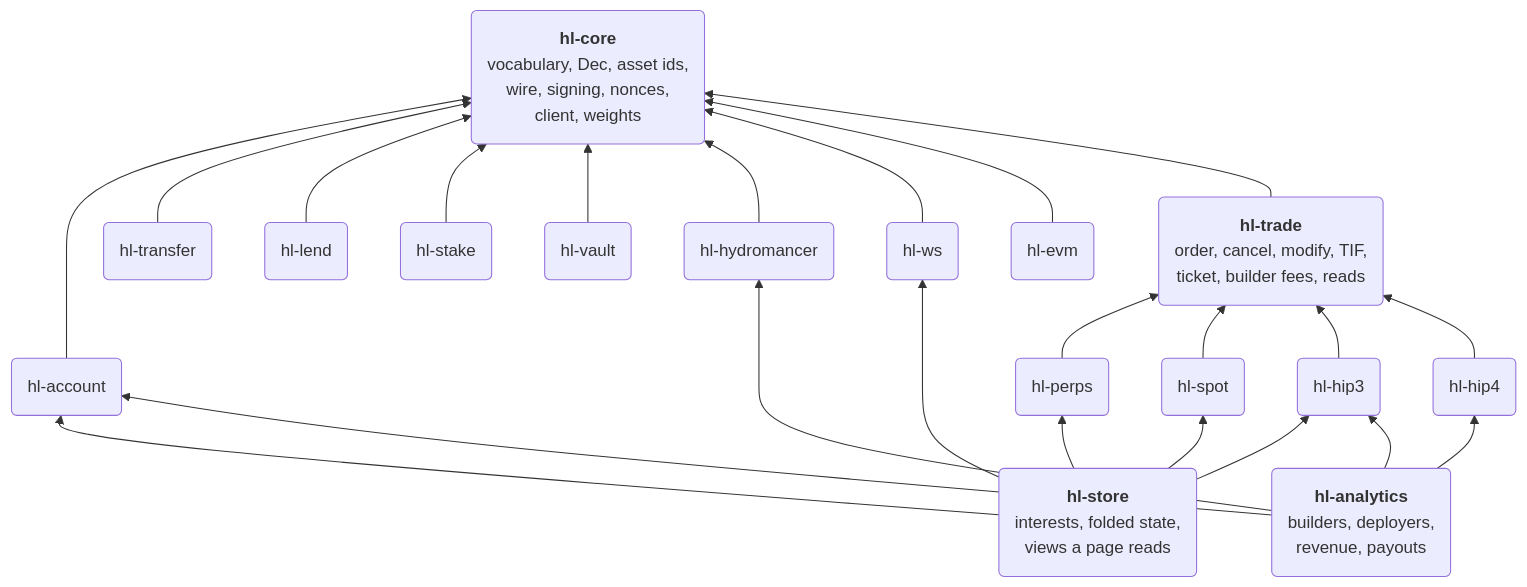
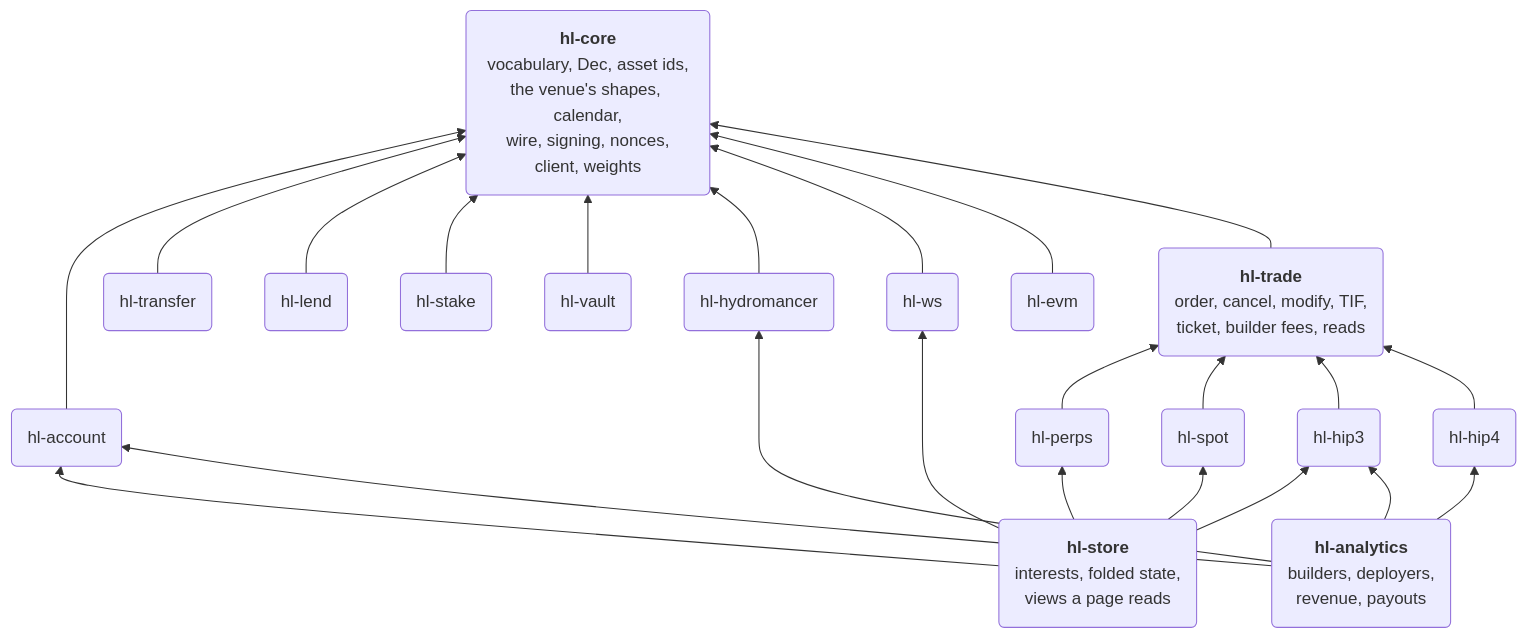
The diagram in README.md (dennisfurrer/df-hyperliquid-core), drawn with Mermaid before and after one commit. The commit also changed other lines of this file, not shown here.

Commit message:
chore: readme for shared shapes

````diff
--- a/README.md
+++ b/README.md
@@ -5,31 +5,31 @@
 ```mermaid
 flowchart BT
-  CORE("<b>hl-core</b><br/>vocabulary, Dec, asset ids,<br/>wire, signing, nonces,<br/>client, weights")
+  CORE("<b>hl-core</b><br/>vocabulary, Dec, asset ids,<br/>the venue's shapes, calendar,<br/>wire, signing, nonces,<br/>client, weights")
   TRADE("<b>hl-trade</b><br/>order, cancel, modify, TIF,<br/>ticket, builder fees, reads")
 
   ACCOUNT("hl-account") --> CORE
   TRANSFER("hl-transfer") --> CORE
   LEND("hl-lend") --> CORE
   STAKE("hl-stake") --> CORE
   VAULT("hl-vault") --> CORE
   HYDRO("hl-hydromancer") --> CORE
   WS("hl-ws") --> CORE
   EVM("hl-evm") --> CORE
   TRADE --> CORE
 
   PERPS("hl-perps") --> TRADE
   SPOT("hl-spot") --> TRADE
   HIP3("hl-hip3") --> TRADE
   HIP4("hl-hip4") --> TRADE
 
   STORE("<b>hl-store</b><br/>interests, folded state,<br/>views a page reads") --> WS
   STORE --> ACCOUNT
   STORE --> PERPS
   STORE --> SPOT
   STORE --> HIP3
 
   ANALYTICS("<b>hl-analytics</b><br/>builders, deployers,<br/>revenue, payouts") --> HIP3
   ANALYTICS --> HIP4
   ANALYTICS --> HYDRO
   ANALYTICS --> ACCOUNT
 ```
````
